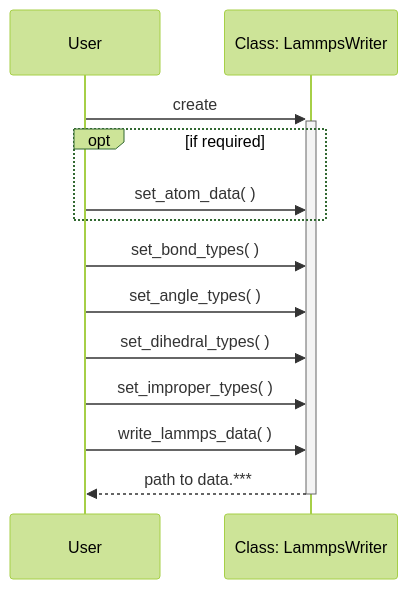
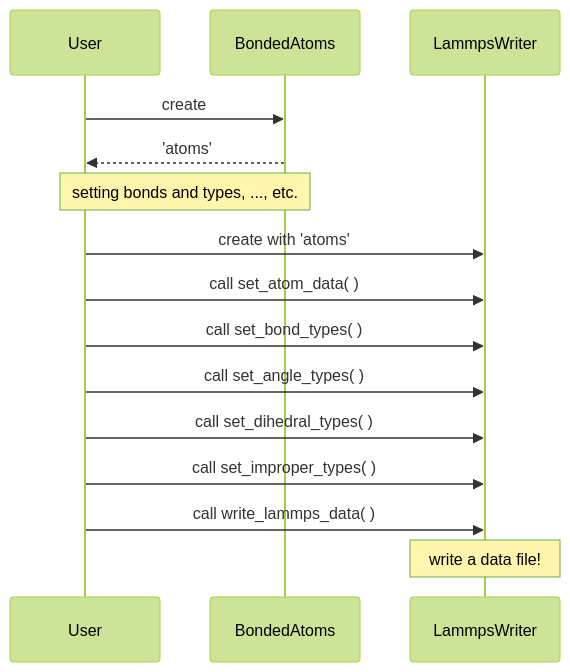
Before and after one commit to irisTa56/ease4lmp: the first of 2 diagrams in sphinx/diagrams.md, drawn with Mermaid (forest theme). The commit also changed other lines of this file and 33 other files, not shown here.

````diff
--- a/sphinx/diagrams.md
+++ b/sphinx/diagrams.md
@@ -3,15 +3,17 @@
 ```mermaid
 sequenceDiagram
   participant user as User
-  participant writer as Class: LammpsWriter
-  user ->>+ writer : create
-  opt if required
-    user ->> writer : set_atom_data( )
-  end
-  user ->> writer : set_bond_types( )
-  user ->> writer : set_angle_types( )
-  user ->> writer : set_dihedral_types( )
-  user ->> writer : set_improper_types( )
-  user ->> writer : write_lammps_data( )
-  writer -->>- user : path to data.***
+  participant atoms as BondedAtoms
+  participant writer as LammpsWriter
+  user ->> atoms : create
+  atoms -->> user : 'atoms'
+  note over user, atoms : setting bonds and types, ..., etc.
+  user ->> writer : create with 'atoms'
+  user ->> writer : call set_atom_data( )
+  user ->> writer : call set_bond_types( )
+  user ->> writer : call set_angle_types( )
+  user ->> writer : call set_dihedral_types( )
+  user ->> writer : call set_improper_types( )
+  user ->> writer : call write_lammps_data( )
+  note over writer : write a data file!
 ```
````
